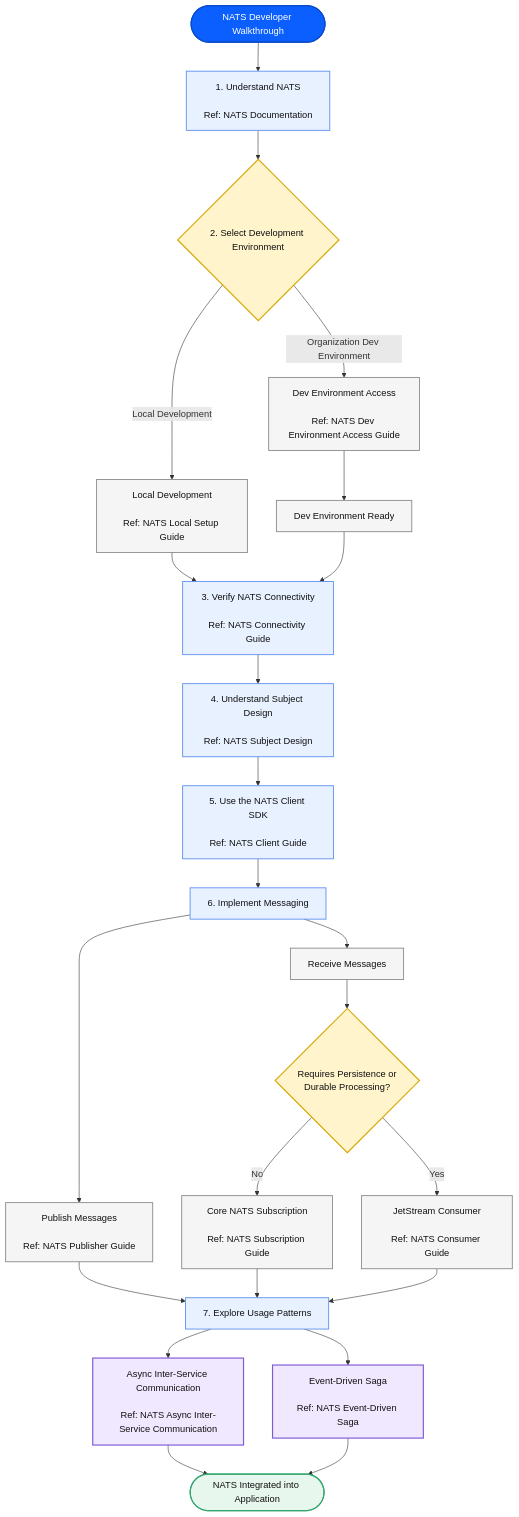
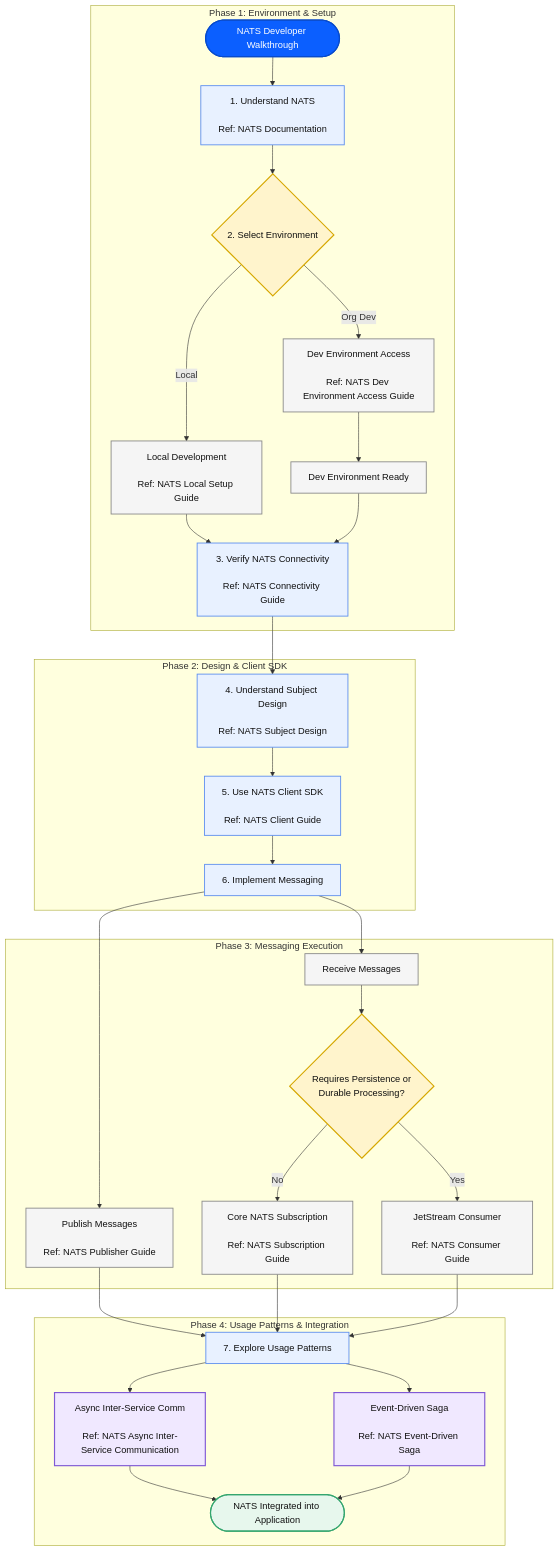
Before and after one commit to hemanthkumar2k19/nats-demo: the diagram in docs/developer-walkthrough.md, drawn with Mermaid. The commit also changed 1 other file, not shown here.

Commit message:
docs: restructure developer walkthrough flowchart into four phases and update changelog

````diff
--- a/docs/developer-walkthrough.md
+++ b/docs/developer-walkthrough.md
@@ -1,64 +1,64 @@
 ```mermaid
 flowchart TD
 
-    START(["NATS Developer Walkthrough"])
+    subgraph PHASE1 ["Phase 1: Environment & Setup"]
+        START(["NATS Developer Walkthrough"])
+        START --> UNDERSTAND["1. Understand NATS<br/><br/>Ref: NATS Documentation"]
+        UNDERSTAND --> ENV{"2. Select Environment"}
+        ENV -->|"Local"| LOCAL["Local Development<br/><br/>Ref: NATS Local Setup Guide"]
+        ENV -->|"Org Dev"| ACCESS["Dev Environment Access<br/><br/>Ref: NATS Dev Environment Access Guide"]
+        ACCESS --> DEVREADY["Dev Environment Ready"]
+        LOCAL --> CONNECT
+        DEVREADY --> CONNECT["3. Verify NATS Connectivity<br/><br/>Ref: NATS Connectivity Guide"]
+    end
 
-    START --> UNDERSTAND["1. Understand NATS<br/><br/>Ref: NATS Documentation"]
+    subgraph PHASE2 ["Phase 2: Design & Client SDK"]
+        SUBJECT["4. Understand Subject Design<br/><br/>Ref: NATS Subject Design"]
+        CLIENT["5. Use NATS Client SDK<br/><br/>Ref: NATS Client Guide"]
+        MESSAGING["6. Implement Messaging"]
+        SUBJECT --> CLIENT --> MESSAGING
+    end
 
-    UNDERSTAND --> ENV{"2. Select Development Environment"}
+    subgraph PHASE3 ["Phase 3: Messaging Execution"]
+        PUBLISH["Publish Messages<br/><br/>Ref: NATS Publisher Guide"]
+        RECEIVE["Receive Messages"]
+        PERSIST{"Requires Persistence or<br/>Durable Processing?"}
+        SUBSCRIBE["Core NATS Subscription<br/><br/>Ref: NATS Subscription Guide"]
+        CONSUMER["JetStream Consumer<br/><br/>Ref: NATS Consumer Guide"]
 
-    ENV -->|"Local Development"| LOCAL["Local Development<br/><br/>Ref: NATS Local Setup Guide"]
+        RECEIVE --> PERSIST
+        PERSIST -->|"No"| SUBSCRIBE
+        PERSIST -->|"Yes"| CONSUMER
+    end
 
-    ENV -->|"Organization Dev Environment"| ACCESS["Dev Environment Access<br/><br/>Ref: NATS Dev Environment Access Guide"]
+    subgraph PHASE4 ["Phase 4: Usage Patterns & Integration"]
+        PATTERNS["7. Explore Usage Patterns"]
+        ASYNC["Async Inter-Service Comm<br/><br/>Ref: NATS Async Inter-Service Communication"]
+        SAGA["Event-Driven Saga<br/><br/>Ref: NATS Event-Driven Saga"]
+        COMPLETE(["NATS Integrated into Application"])
 
-    ACCESS --> DEVREADY["Dev Environment Ready"]
+        PATTERNS --> ASYNC --> COMPLETE
+        PATTERNS --> SAGA --> COMPLETE
+    end
 
-    LOCAL --> CONNECT
-    DEVREADY --> CONNECT
-
-    CONNECT["3. Verify NATS Connectivity<br/><br/>Ref: NATS Connectivity Guide"]
-
-    CONNECT --> SUBJECT["4. Understand Subject Design<br/><br/>Ref: NATS Subject Design"]
-
-    SUBJECT --> CLIENT["5. Use the NATS Client SDK<br/><br/>Ref: NATS Client Guide"]
-
-    CLIENT --> MESSAGING["6. Implement Messaging"]
-
-    MESSAGING --> PUBLISH["Publish Messages<br/><br/>Ref: NATS Publisher Guide"]
-
-    MESSAGING --> RECEIVE["Receive Messages"]
-
-    RECEIVE --> PERSIST{"Requires Persistence or<br/>Durable Processing?"}
-
-    PERSIST -->|"No"| SUBSCRIBE["Core NATS Subscription<br/><br/>Ref: NATS Subscription Guide"]
-
-    PERSIST -->|"Yes"| CONSUMER["JetStream Consumer<br/><br/>Ref: NATS Consumer Guide"]
-
+    CONNECT --> SUBJECT
+    MESSAGING --> PUBLISH
+    MESSAGING --> RECEIVE
     PUBLISH --> PATTERNS
     SUBSCRIBE --> PATTERNS
     CONSUMER --> PATTERNS
-
-    PATTERNS["7. Explore Usage Patterns"]
-
-    PATTERNS --> ASYNC["Async Inter-Service Communication<br/><br/>Ref: NATS Async Inter-Service Communication"]
-
-    PATTERNS --> SAGA["Event-Driven Saga<br/><br/>Ref: NATS Event-Driven Saga"]
-
-    ASYNC --> COMPLETE(["NATS Integrated into Application"])
-    SAGA --> COMPLETE
-
 
     classDef start fill:#0B5FFF,color:#fff,stroke:#084BCC,stroke-width:2px
     classDef step fill:#E8F1FF,color:#111,stroke:#5B8DEF,stroke-width:1.5px
     classDef decision fill:#FFF4CC,color:#111,stroke:#D6A700,stroke-width:2px
     classDef guide fill:#F5F5F5,color:#111,stroke:#888,stroke-width:1.5px
     classDef pattern fill:#F0E8FF,color:#111,stroke:#805AD5,stroke-width:2px
     classDef endpoint fill:#E7F7ED,color:#111,stroke:#35A66F,stroke-width:2px
 
     class START start
     class UNDERSTAND,CONNECT,SUBJECT,CLIENT,MESSAGING,PATTERNS step
     class ENV,PERSIST decision
     class LOCAL,ACCESS,DEVREADY,PUBLISH,RECEIVE,SUBSCRIBE,CONSUMER guide
     class ASYNC,SAGA pattern
     class COMPLETE endpoint
 ```
````
